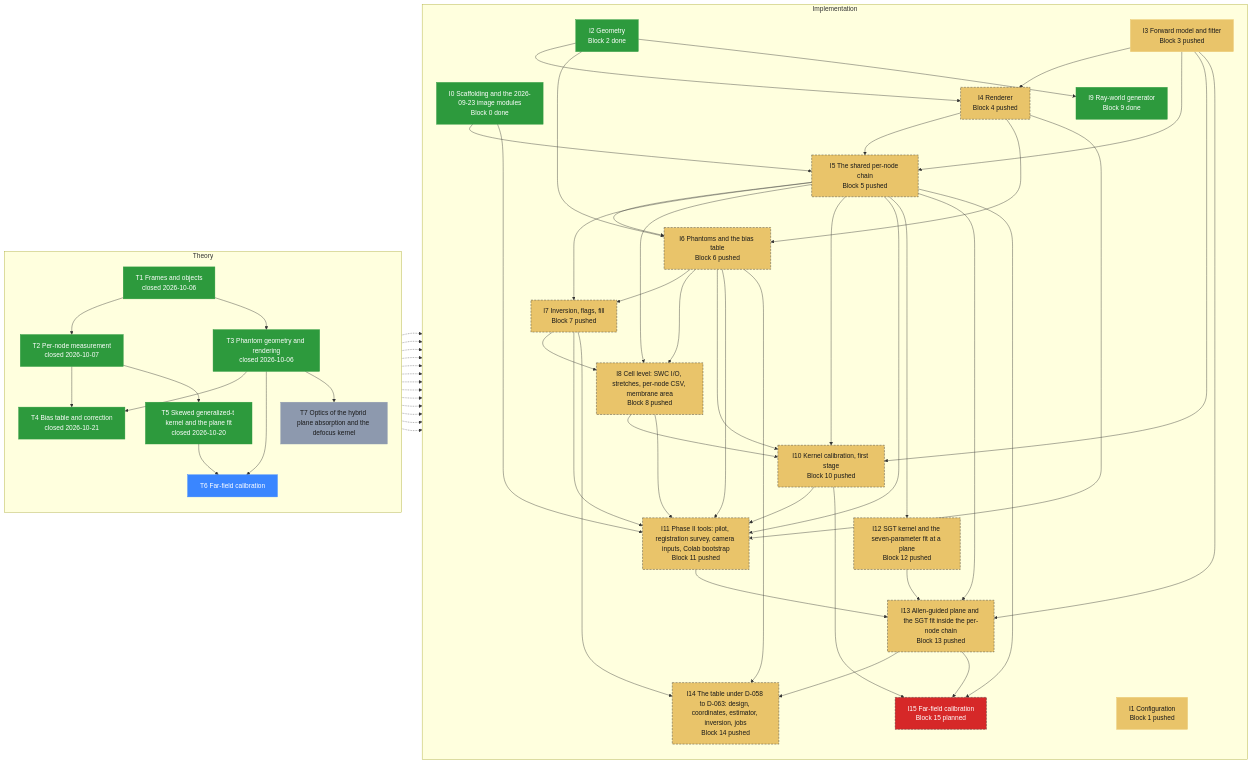
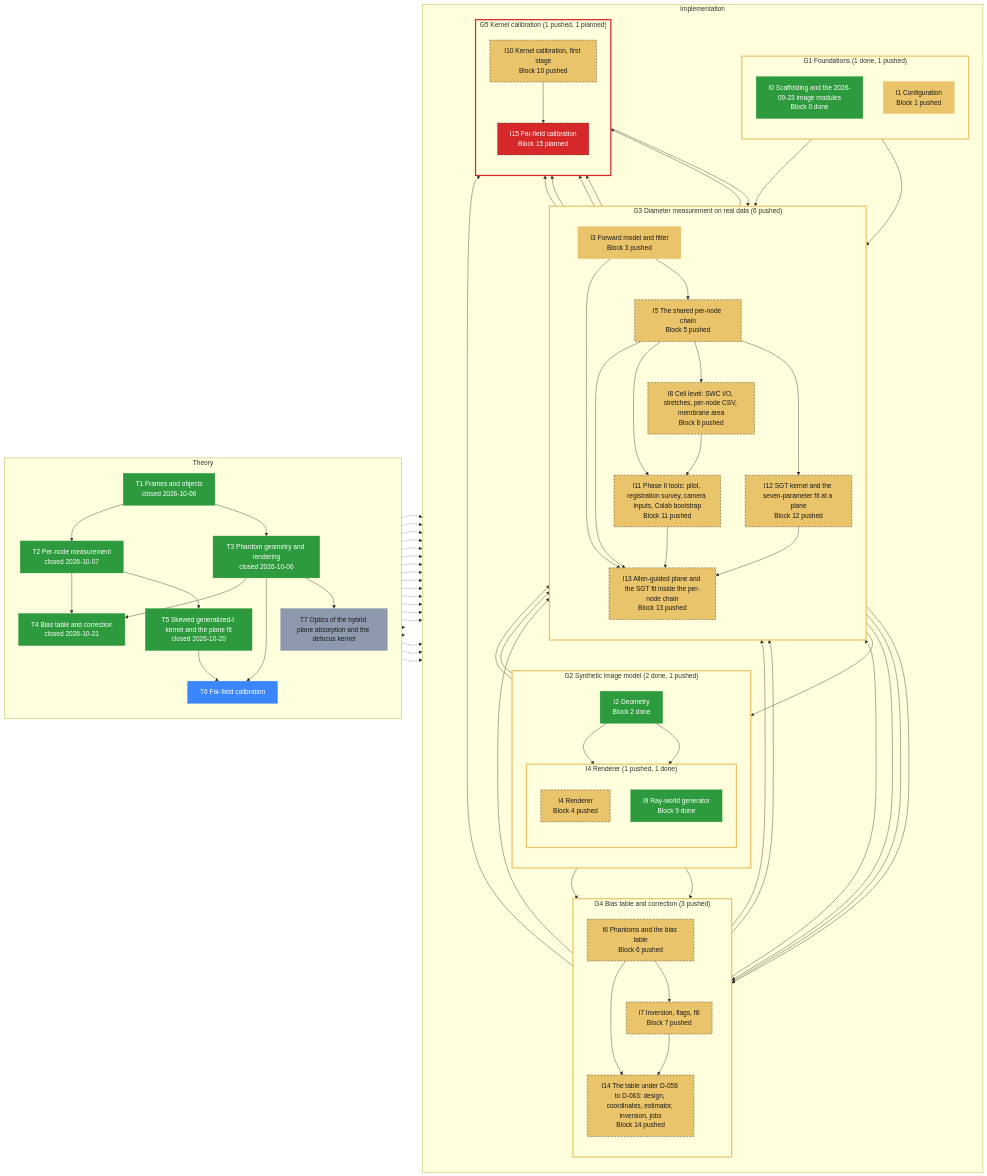
Before and after one commit to Leonardodm00/Towards-EEG: the diagram in specs/roadmap/diameter-pipeline.md, drawn with Mermaid. The commit also changed other lines of this file and 2 other files, not shown here.

Commit message:
roadmap: summaries and groups (G1-G5, I4 holds I9); tool reads parent/summary
Every stage carries a plain summary; stages can belong to a group (parent),
drawn as a frame coloured by the least advanced member. First grouping of
the pipeline to confirm.

Claude-Session: https://claude.ai/code/session_01JpKwywZMGXoF9FHBx7PJC4

````diff
--- a/specs/roadmap/diameter-pipeline.md
+++ b/specs/roadmap/diameter-pipeline.md
@@ -36,22 +36,40 @@
     end
     subgraph impl["Implementation"]
         direction TB
-        I0["I0 Scaffolding and the 2026-09-23 image modules<br/>Block 0 done"]:::done
-        I1["I1 Configuration<br/>Block 1 pushed"]:::pushed
-        I2["I2 Geometry<br/>Block 2 done"]:::done
-        I3["I3 Forward model and fitter<br/>Block 3 pushed"]:::pushed
-        I4["I4 Renderer<br/>Block 4 pushed"]:::pushed
-        I5["I5 The shared per-node chain<br/>Block 5 pushed"]:::pushed
-        I6["I6 Phantoms and the bias table<br/>Block 6 pushed"]:::pushed
-        I7["I7 Inversion, flags, fill<br/>Block 7 pushed"]:::pushed
-        I8["I8 Cell level: SWC I/O, stretches, per-node CSV, membrane area<br/>Block 8 pushed"]:::pushed
-        I9["I9 Ray-world generator<br/>Block 9 done"]:::done
-        I10["I10 Kernel calibration, first stage<br/>Block 10 pushed"]:::pushed
-        I11["I11 Phase II tools: pilot, registration survey, camera inputs, Colab bootstrap<br/>Block 11 pushed"]:::pushed
-        I12["I12 SGT kernel and the seven-parameter fit at a plane<br/>Block 12 pushed"]:::pushed
-        I13["I13 Allen-guided plane and the SGT fit inside the per-node chain<br/>Block 13 pushed"]:::pushed
-        I14["I14 The table under D-058 to D-063: design, coordinates, estimator, inversion, jobs<br/>Block 14 pushed"]:::pushed
-        I15["I15 Far-field calibration<br/>Block 15 planned"]:::planned
+        subgraph grp_G1["G1 Foundations (1 done, 1 pushed)"]
+            direction TB
+            I0["I0 Scaffolding and the 2026-09-23 image modules<br/>Block 0 done"]:::done
+            I1["I1 Configuration<br/>Block 1 pushed"]:::pushed
+        end
+        subgraph grp_G2["G2 Synthetic image model (2 done, 1 pushed)"]
+            direction TB
+            I2["I2 Geometry<br/>Block 2 done"]:::done
+            subgraph grp_I4["I4 Renderer (1 pushed, 1 done)"]
+                direction TB
+                I4["I4 Renderer<br/>Block 4 pushed"]:::pushed
+                I9["I9 Ray-world generator<br/>Block 9 done"]:::done
+            end
+        end
+        subgraph grp_G3["G3 Diameter measurement on real data (6 pushed)"]
+            direction TB
+            I3["I3 Forward model and fitter<br/>Block 3 pushed"]:::pushed
+            I5["I5 The shared per-node chain<br/>Block 5 pushed"]:::pushed
+            I8["I8 Cell level: SWC I/O, stretches, per-node CSV, membrane area<br/>Block 8 pushed"]:::pushed
+            I11["I11 Phase II tools: pilot, registration survey, camera inputs, Colab bootstrap<br/>Block 11 pushed"]:::pushed
+            I12["I12 SGT kernel and the seven-parameter fit at a plane<br/>Block 12 pushed"]:::pushed
+            I13["I13 Allen-guided plane and the SGT fit inside the per-node chain<br/>Block 13 pushed"]:::pushed
+        end
+        subgraph grp_G4["G4 Bias table and correction (3 pushed)"]
+            direction TB
+            I6["I6 Phantoms and the bias table<br/>Block 6 pushed"]:::pushed
+            I7["I7 Inversion, flags, fill<br/>Block 7 pushed"]:::pushed
+            I14["I14 The table under D-058 to D-063: design, coordinates, estimator, inversion, jobs<br/>Block 14 pushed"]:::pushed
+        end
+        subgraph grp_G5["G5 Kernel calibration (1 pushed, 1 planned)"]
+            direction TB
+            I10["I10 Kernel calibration, first stage<br/>Block 10 pushed"]:::pushed
+            I15["I15 Far-field calibration<br/>Block 15 planned"]:::planned
+        end
         I2 --> I4
         I3 --> I4
         I0 --> I5
@@ -89,6 +107,12 @@
         I10 --> I15
         I13 --> I15
     end
+    T3 -.-> grp_G2
+    T2 -.-> grp_G3
+    T5 -.-> grp_G3
+    T4 -.-> grp_G4
+    T3 -.-> grp_G5
+    T6 -.-> grp_G5
     T1 -.-> I2
     T3 -.-> I2
     T2 -.-> I3
@@ -103,4 +127,10 @@
     T4 -.-> I14
     T6 -.-> I15
     class I4,I5,I6,I7,I8,I10,I11,I12,I13,I14,I15 blocked
+    style grp_G1 stroke:#e9c46a,stroke-width:3px
+    style grp_I4 stroke:#e9c46a,stroke-width:3px
+    style grp_G2 stroke:#e9c46a,stroke-width:3px
+    style grp_G3 stroke:#e9c46a,stroke-width:3px
+    style grp_G4 stroke:#e9c46a,stroke-width:3px
+    style grp_G5 stroke:#d62828,stroke-width:3px
 ```
````
